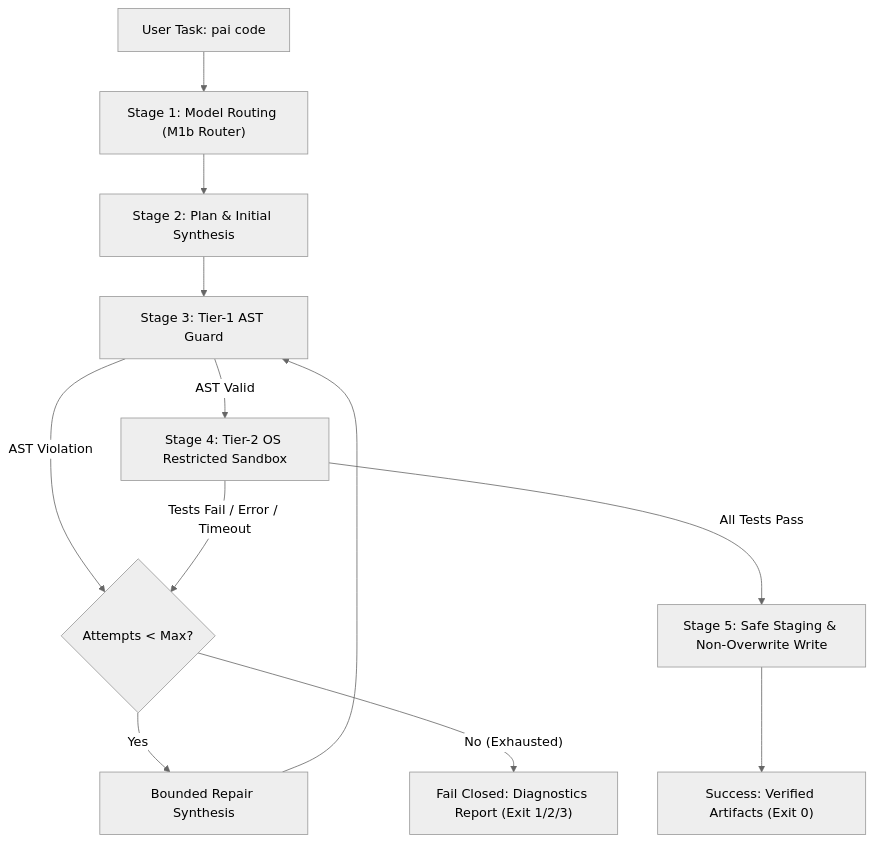
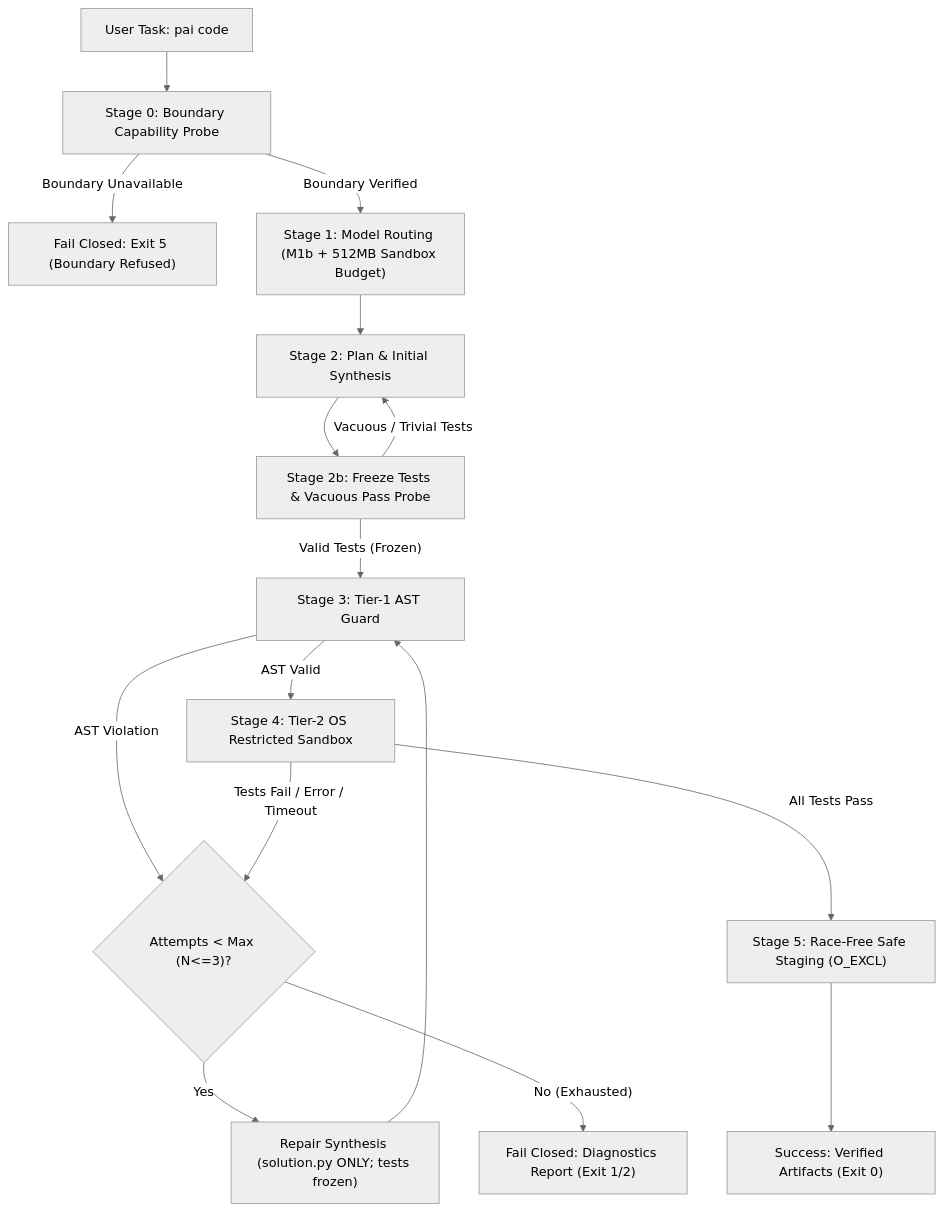
The diagram in docs/M2_VERIFY_LOOP_SPEC.md (hirushasuhan/personal_agentic_ai), drawn with Mermaid (neutral theme) before and after one commit. The commit also changed other lines of this file and 3 other files, not shown here.

````diff
--- a/docs/M2_VERIFY_LOOP_SPEC.md
+++ b/docs/M2_VERIFY_LOOP_SPEC.md
@@ -59,14 +57,18 @@
 ```mermaid
 flowchart TD
-    A["User Task: pai code"] --> B["Stage 1: Model Routing (M1b Router)"]
-    B --> C["Stage 2: Plan & Initial Synthesis"]
-    C --> D["Stage 3: Tier-1 AST Guard"]
-    D -- "AST Violation" --> E{"Attempts < Max?"}
-    D -- "AST Valid" --> F["Stage 4: Tier-2 OS Restricted Sandbox"]
-    F -- "Tests Fail / Error / Timeout" --> E
-    E -- "Yes" --> G["Bounded Repair Synthesis"]
-    G --> D
-    E -- "No (Exhausted)" --> H["Fail Closed: Diagnostics Report (Exit 1/2/3)"]
-    F -- "All Tests Pass" --> I["Stage 5: Safe Staging & Non-Overwrite Write"]
+    A["User Task: pai code"] --> B["Stage 0: Boundary Capability Probe"]
+    B -- "Boundary Unavailable" --> FAIL5["Fail Closed: Exit 5 (Boundary Refused)"]
+    B -- "Boundary Verified" --> C["Stage 1: Model Routing (M1b + 512MB Sandbox Budget)"]
+    C --> D["Stage 2: Plan & Initial Synthesis"]
+    D --> E["Stage 2b: Freeze Tests & Vacuous Pass Probe"]
+    E -- "Vacuous / Trivial Tests" --> D
+    E -- "Valid Tests (Frozen)" --> F["Stage 3: Tier-1 AST Guard"]
+    F -- "AST Violation" --> R{"Attempts < Max (N<=3)?"}
+    F -- "AST Valid" --> G["Stage 4: Tier-2 OS Restricted Sandbox"]
+    G -- "Tests Fail / Error / Timeout" --> R
+    R -- "Yes" --> H["Repair Synthesis (solution.py ONLY; tests frozen)"]
+    H --> F
+    R -- "No (Exhausted)" --> FAIL2["Fail Closed: Diagnostics Report (Exit 1/2)"]
+    G -- "All Tests Pass" --> I["Stage 5: Race-Free Safe Staging (O_EXCL)"]
     I --> J["Success: Verified Artifacts (Exit 0)"]
 ```
````
